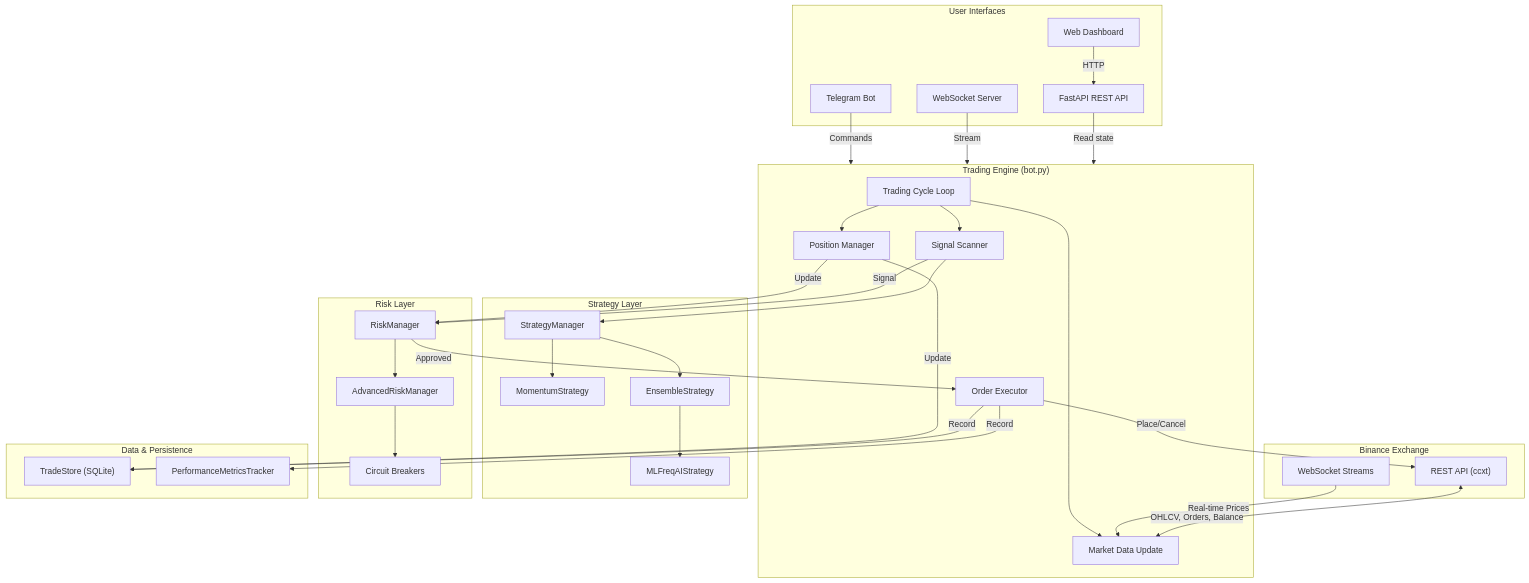
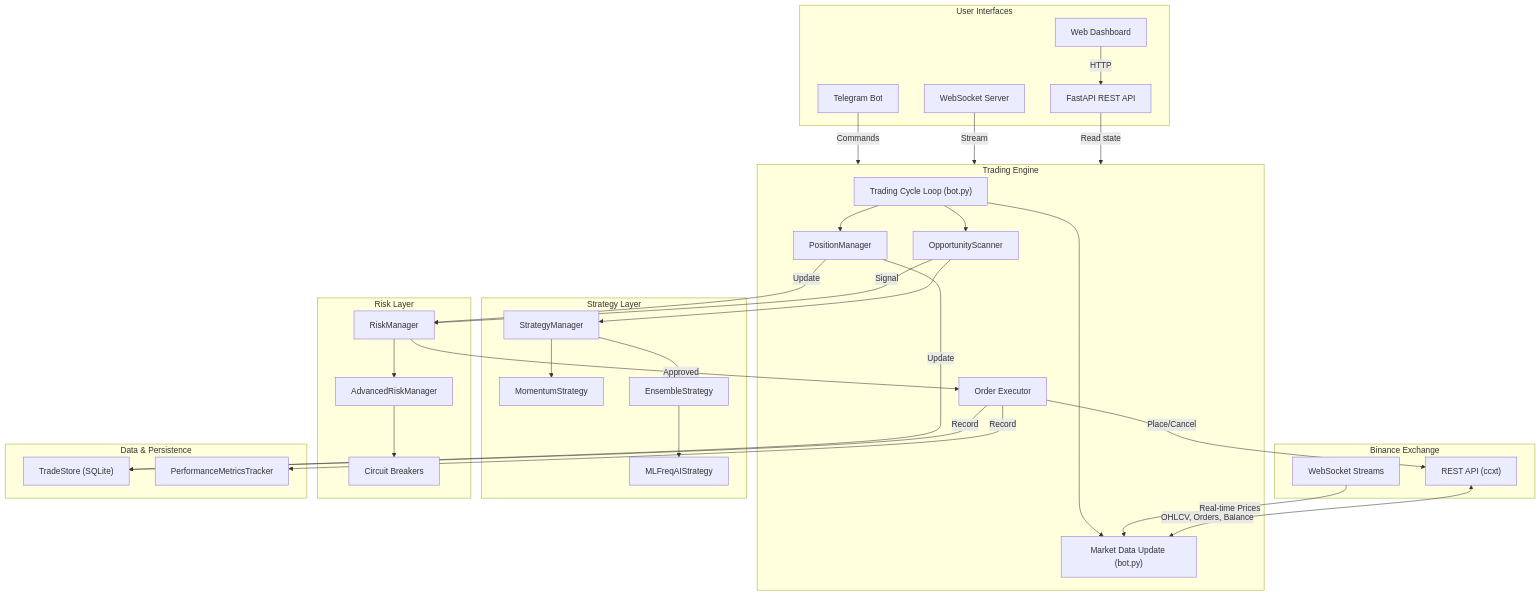
Before and after one commit to micheal-donald/akibaCryptobot: the diagram in docs/ARCHITECTURE.md, drawn with Mermaid. The commit also changed other lines of this file and 6 other files, not shown here.

First line of the commit message:
refactor: extract PositionManager and OpportunityScanner from bot.py

````diff
--- a/docs/ARCHITECTURE.md
+++ b/docs/ARCHITECTURE.md
@@ -9,69 +9,69 @@
 ```mermaid
 flowchart TB
     subgraph Exchange["Binance Exchange"]
         REST["REST API (ccxt)"]
         WS["WebSocket Streams"]
     end
 
-    subgraph Core["Trading Engine (bot.py)"]
-        CYCLE["Trading Cycle Loop"]
-        MARKET["Market Data Update"]
-        SCAN["Signal Scanner"]
-        POS["Position Manager"]
+    subgraph Core["Trading Engine"]
+        CYCLE["Trading Cycle Loop (bot.py)"]
+        MARKET["Market Data Update (bot.py)"]
+        SCAN["OpportunityScanner"]
+        POS["PositionManager"]
         ORDER["Order Executor"]
     end
 
     subgraph Strategies["Strategy Layer"]
         SM["StrategyManager"]
         MOM["MomentumStrategy"]
         ENS["EnsembleStrategy"]
         ML["MLFreqAIStrategy"]
     end
 
     subgraph Risk["Risk Layer"]
         RM["RiskManager"]
         ARM["AdvancedRiskManager"]
         CB["Circuit Breakers"]
     end
 
     subgraph Data["Data & Persistence"]
         TS["TradeStore (SQLite)"]
         PMT["PerformanceMetricsTracker"]
     end
 
     subgraph Interface["User Interfaces"]
         API["FastAPI REST API"]
         WSS["WebSocket Server"]
         TG["Telegram Bot"]
         UI["Web Dashboard"]
     end
 
     REST <-->|OHLCV, Orders, Balance| MARKET
     WS -->|Real-time Prices| MARKET
 
     CYCLE --> MARKET
     CYCLE --> SCAN
     CYCLE --> POS
 
     SCAN --> SM
     SM --> MOM
     SM --> ENS
     ENS --> ML
 
     SCAN -->|Signal| RM
     RM --> ARM
     ARM --> CB
 
     RM -->|Approved| ORDER
     ORDER -->|Place/Cancel| REST
 
     ORDER -->|Record| TS
     ORDER -->|Record| PMT
     POS -->|Update| TS
     POS -->|Update| RM
 
     API -->|Read state| Core
     WSS -->|Stream| Core
     TG -->|Commands| Core
     UI -->|HTTP| API
 ```
````
